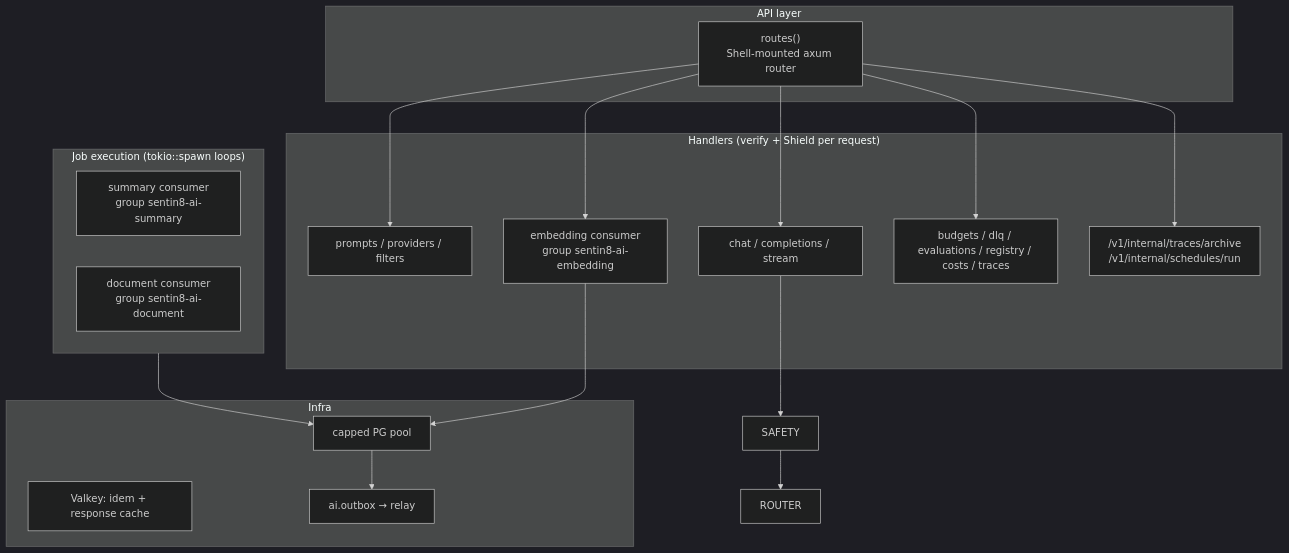
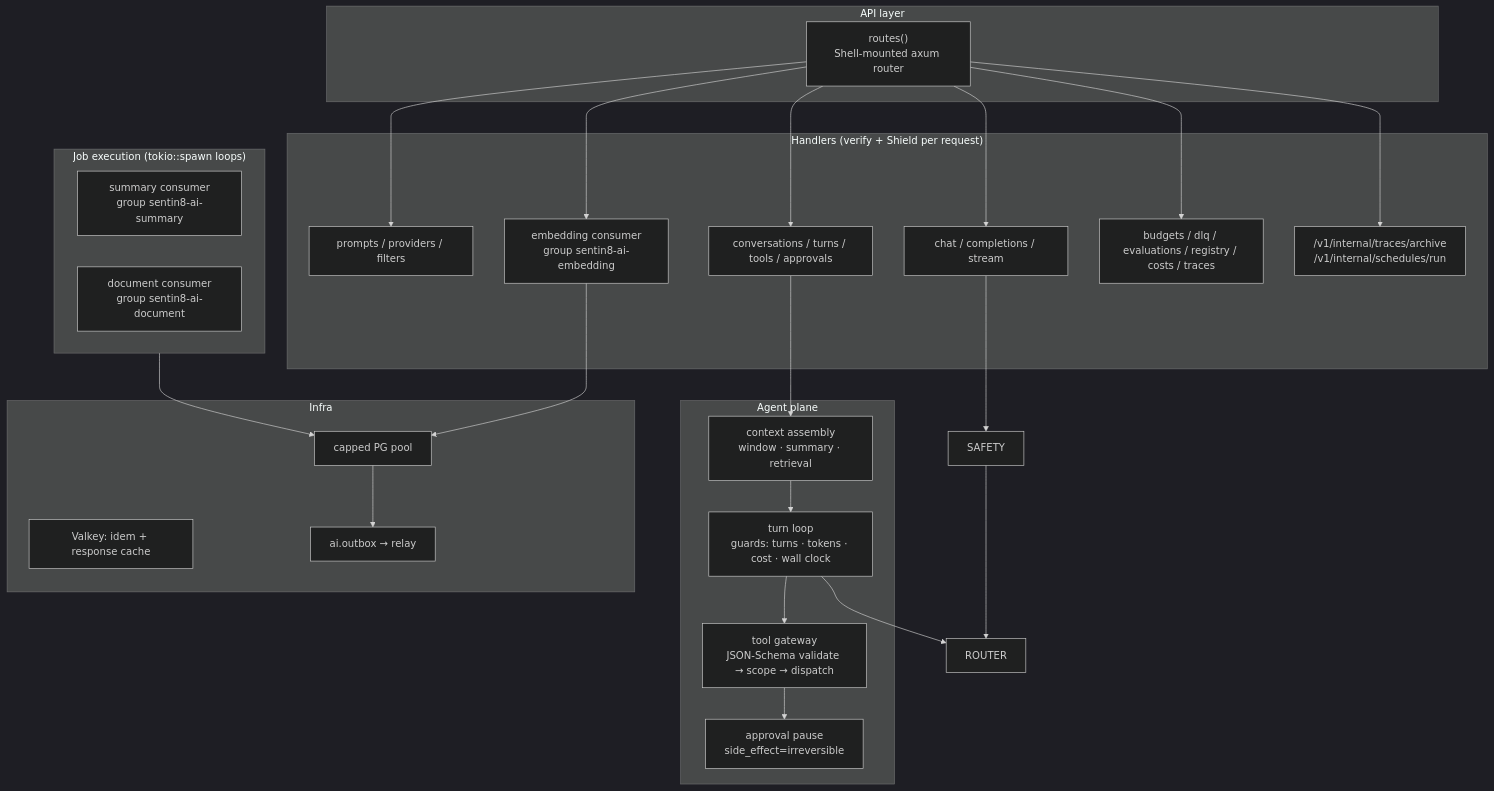
One commit to Sentin8/sentin8-ai changed the second of 16 diagrams in DESIGN.md. Above: the diagram before and after it, drawn with Mermaid (dark theme). The commit also changed other lines of this file and 23 other files, not shown here.

First line of the commit message:
agent plane: multi-turn conversations, tool gateway, bounded turn loop

````diff
--- a/DESIGN.md
+++ b/DESIGN.md
@@ -62,29 +82,39 @@
 ```mermaid
 graph TD
     subgraph API["API layer"]
         R["routes()<br/>Shell-mounted axum router"]
     end
     subgraph HANDLERS["Handlers (verify + Shield per request)"]
         PROMPTS["prompts / providers / filters"]
         INFER["chat / completions / stream"]
         EMB["embeddings / retrieval / documents"]
+        AGENTAPI["conversations / turns / tools / approvals"]
         OPS["budgets / dlq / evaluations / registry / costs / traces"]
         INTERNAL["/v1/internal/traces/archive<br/>/v1/internal/schedules/run"]
+    end
+    subgraph AGENTX["Agent plane"]
+        CTX["context assembly<br/>window · summary · retrieval"]
+        LOOPS["turn loop<br/>guards: turns · tokens · cost · wall clock"]
+        GW["tool gateway<br/>JSON-Schema validate → scope → dispatch"]
+        APPROVE["approval pause<br/>side_effect=irreversible"]
     end
     subgraph JOBSX["Job execution (tokio::spawn loops)"]
         EMB["embedding consumer<br/>group sentin8-ai-embedding"]
         SUM["summary consumer<br/>group sentin8-ai-summary"]
         DOC["document consumer<br/>group sentin8-ai-document"]
     end
     subgraph INFRA["Infra"]
         POOL["capped PG pool"]
         VALKEY["Valkey: idem + response cache"]
         OUTBOX["ai.outbox → relay"]
     end
 
-    R --> PROMPTS & INFER & EMB & OPS & INTERNAL
+    R --> PROMPTS & INFER & EMB & AGENTAPI & OPS & INTERNAL
     INFER --> SAFETY --> ROUTER
+    AGENTAPI --> CTX --> LOOPS --> ROUTER
+    LOOPS --> GW
+    GW --> APPROVE
     EMB --> POOL
     JOBSX --> POOL
     POOL --> OUTBOX
 ```
````
